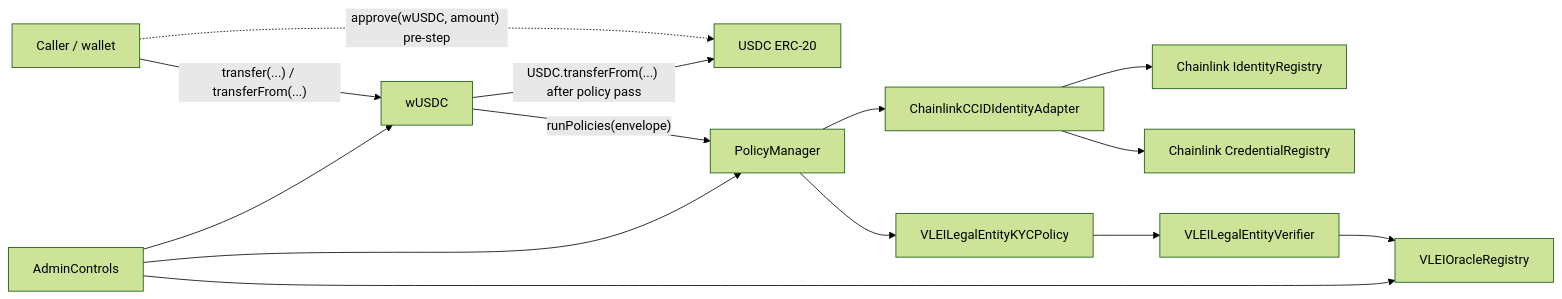
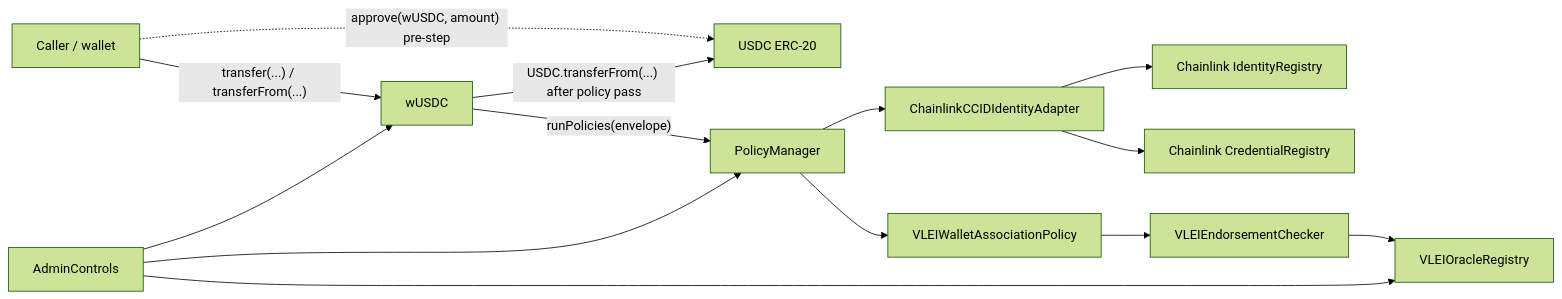
The diagram in docs/architecture.md (GLEIF-IT/vlei-comply), drawn with Mermaid (forest theme) before and after one commit. The commit also changed other lines of this file and 16 other files, not shown here.

````diff
--- a/docs/architecture.md
+++ b/docs/architecture.md
@@ -9,16 +9,16 @@
 ```mermaid
 flowchart LR
   User["Caller / wallet"] -->|"transfer(...) / transferFrom(...)"| Wrapper["wUSDC"]
   User -.->|"approve(wUSDC, amount) pre-step"| Asset["USDC ERC-20"]
   Wrapper -->|"USDC.transferFrom(...) after policy pass"| Asset
   Wrapper -->|"runPolicies(envelope)"| Manager["PolicyManager"]
   Manager --> Adapter["ChainlinkCCIDIdentityAdapter"]
   Adapter --> ChainlinkId["Chainlink IdentityRegistry"]
   Adapter --> ChainlinkCred["Chainlink CredentialRegistry"]
-  Manager --> Policy["VLEILegalEntityKYCPolicy"]
-  Policy --> Verifier["VLEILegalEntityVerifier"]
+  Manager --> Policy["VLEIWalletAssociationPolicy"]
+  Policy --> Verifier["VLEIEndorsementChecker"]
   Verifier --> Oracle["VLEIOracleRegistry"]
   Admin["AdminControls"] --> Wrapper
   Admin --> Manager
   Admin --> Oracle
 ```
````
